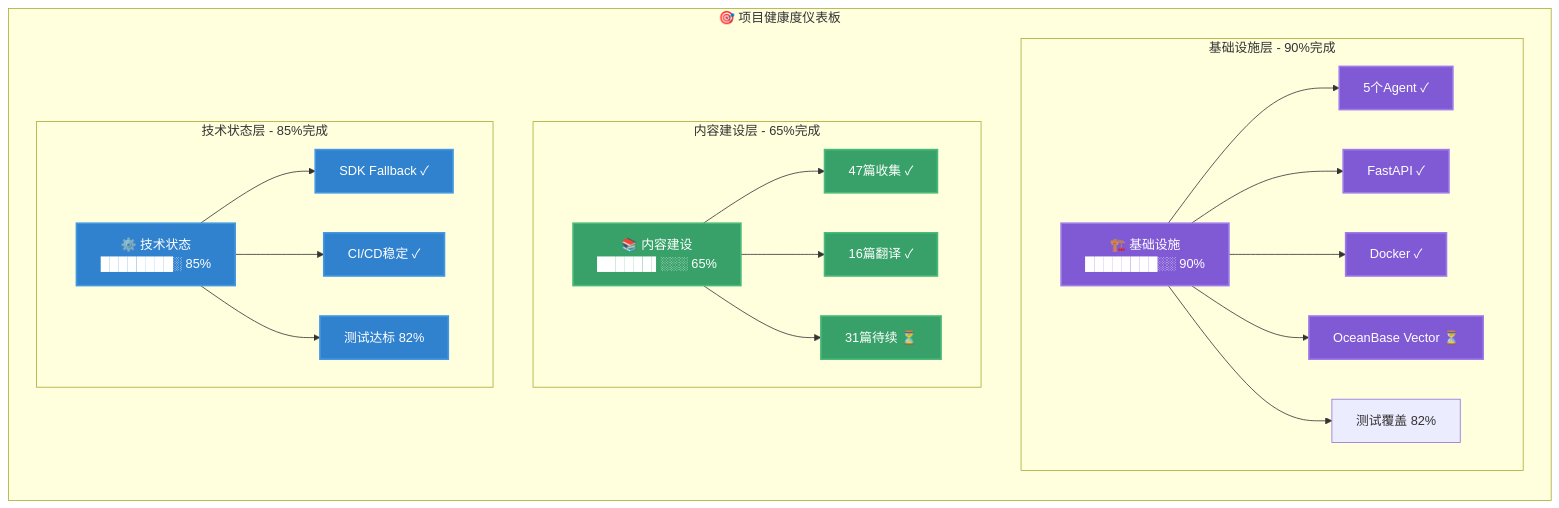
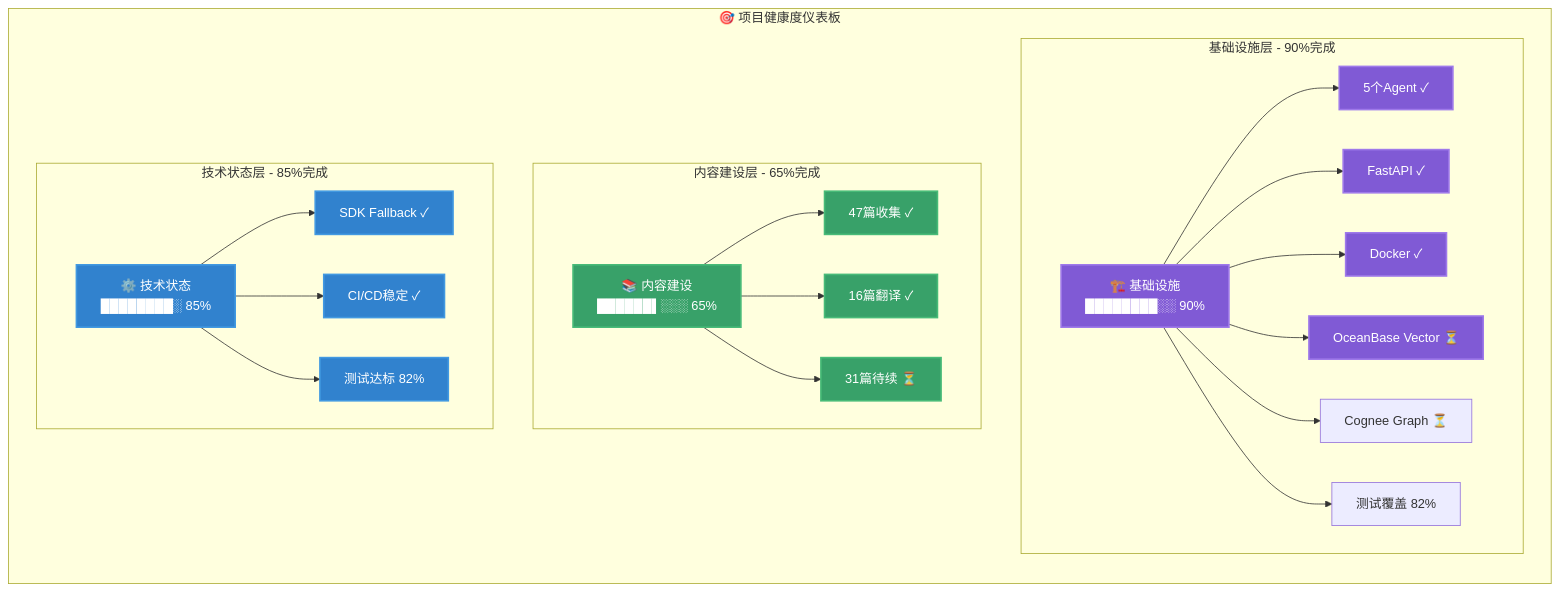
Before and after one commit to ThreeFish-AI/agentic-ai-cognizes: the first of 6 diagrams in docs/000-roadmap.md, drawn with Mermaid. The commit also changed other lines of this file and 2 other files, not shown here.

First line of the commit message:
docs(Cognee): 添加 Cognee 集成方案和调研文档;

````diff
--- a/docs/000-roadmap.md
+++ b/docs/000-roadmap.md
@@ -9,37 +9,38 @@
 ```mermaid
 graph TD
     subgraph "🎯 项目健康度仪表板"
         direction TB
 
         subgraph "基础设施层 - 90%完成"
             A1[🏗️ 基础设施<br/><span style='color:#4CAF50;'>████████░░ 90%</span>]
             A1 --> A2["5个Agent ✓"]
             A1 --> A3["FastAPI ✓"]
             A1 --> A4["Docker ✓"]
             A1 --> A5["OceanBase Vector ⏳"]
+            A1 --> A7["Cognee Graph ⏳"]
             A1 --> A6["测试覆盖 82%"]
         end
 
         subgraph "内容建设层 - 65%完成"
             B1[📚 内容建设<br/><span style='color:#ed8936;'>██████▌░░░ 65%</span>]
             B1 --> B2["47篇收集 ✓"]
             B1 --> B3["16篇翻译 ✓"]
             B1 --> B4["31篇待续 ⏳"]
         end
 
         subgraph "技术状态层 - 85%完成"
             C1[⚙️ 技术状态<br/><span style='color:#4299e1;'>████████░ 85%</span>]
             C1 --> C2["SDK Fallback ✓"]
             C1 --> C3["CI/CD稳定 ✓"]
             C1 --> C4["测试达标 82%"]
         end
     end
 
     classDef infrastructure fill:#805ad5,color:#fff,stroke:#9f7aea,stroke-width:2px
     classDef content fill:#38a169,color:#fff,stroke:#48bb78,stroke-width:2px
     classDef technical fill:#3182ce,color:#fff,stroke:#4299e1,stroke-width:2px
 
     class A1,A2,A3,A4,A5 infrastructure
     class B1,B2,B3,B4 content
     class C1,C2,C3,C4 technical
 ```
````
